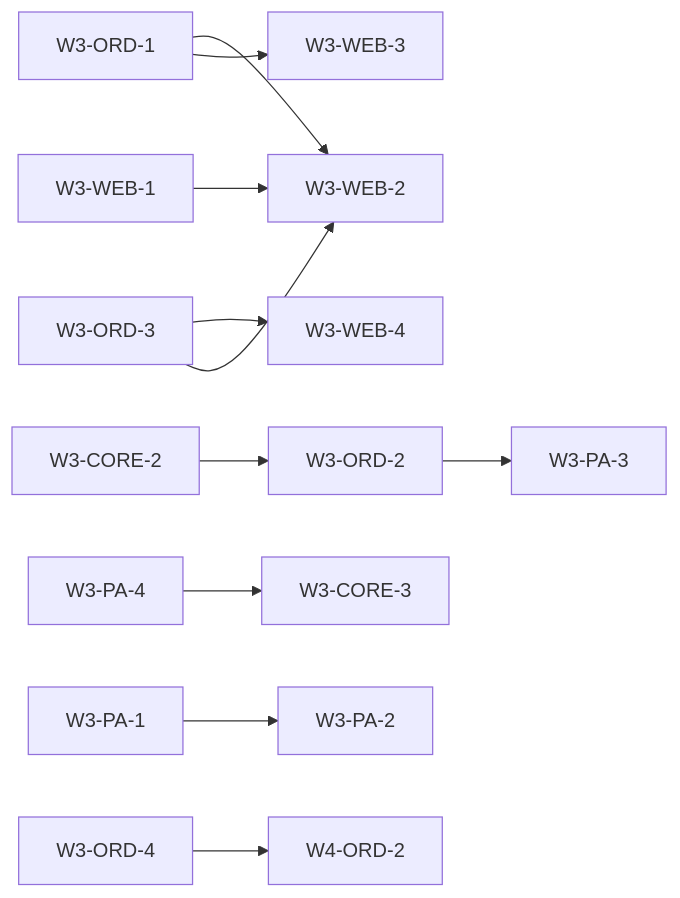
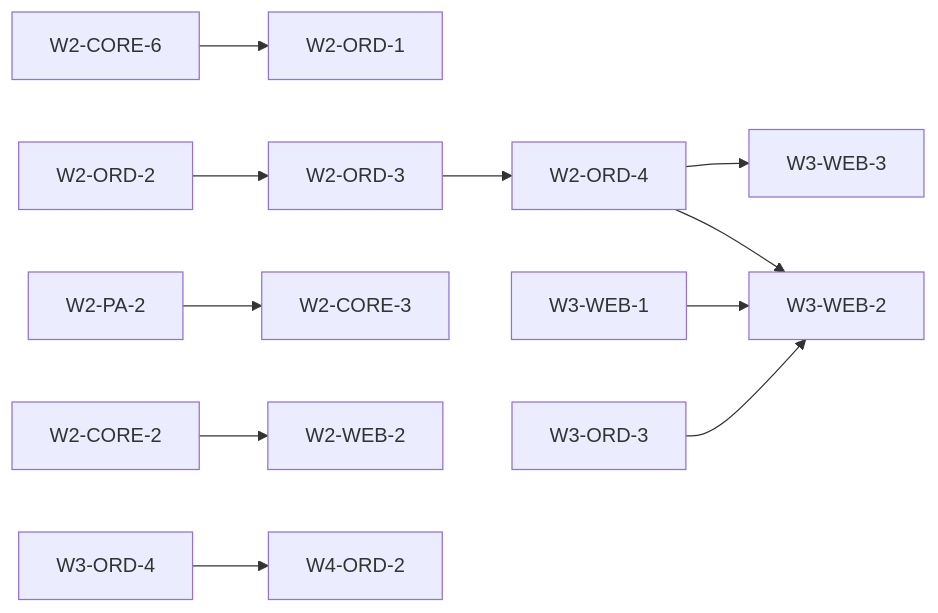
Before and after one commit to Tecso-Dev/sarmiz: the diagram in docs/handoffs/week-3/README.md, drawn with Mermaid. The commit also changed other lines of this file and 79 other files, not shown here.

````diff
--- a/docs/handoffs/week-3/README.md
+++ b/docs/handoffs/week-3/README.md
@@ -59,13 +75,13 @@
 ```mermaid
 flowchart LR
-  O1["W3-ORD-1"] --> W2["W3-WEB-2"]
-  O1 --> W3["W3-WEB-3"]
-  O3["W3-ORD-3"] --> W4["W3-WEB-4"]
-  O3 --> W2
-  C2["W3-CORE-2"] --> O2["W3-ORD-2"]
-  O2 --> P3["W3-PA-3"]
-  P4["W3-PA-4"] --> C3["W3-CORE-3"]
-  P1["W3-PA-1"] --> P2["W3-PA-2"]
-  W1["W3-WEB-1"] --> W2
-  O4["W3-ORD-4"] --> N["W4-ORD-2"]
+  CORE6[W2-CORE-6] --> ORD1[W2-ORD-1]
+  ORD2[W2-ORD-2] --> ORD3[W2-ORD-3]
+  ORD3 --> ORD4[W2-ORD-4]
+  ORD4 --> WEB3[W3-WEB-3]
+  ORD4 --> WEB2[W3-WEB-2]
+  WEB1[W3-WEB-1] --> WEB2
+  OR3[W3-ORD-3] --> WEB2
+  PA2[W2-PA-2] --> CORE3[W2-CORE-3]
+  CORE2[W2-CORE-2] --> WEB22[W2-WEB-2]
+  O4[W3-ORD-4] --> N[W4-ORD-2]
 ```
````
